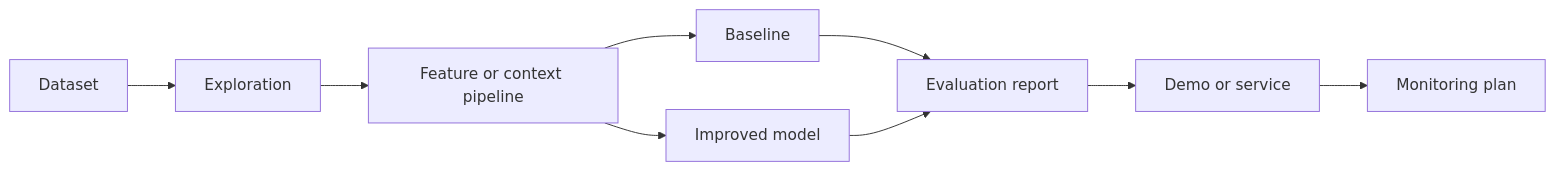
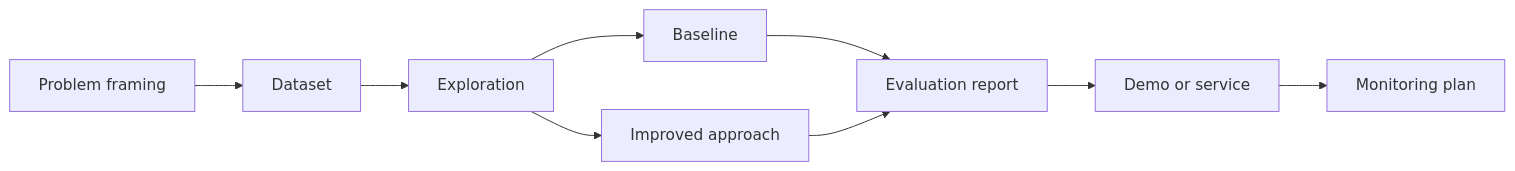
One commit to Icon1cc/Machine-Learning changed the diagram in capstone-projects/01-end-to-end-classical-ml-project.md. Above: the diagram before and after it, drawn with Mermaid. The commit also changed other lines of this file and 72 other files, not shown here.

````diff
--- a/capstone-projects/01-end-to-end-classical-ml-project.md
+++ b/capstone-projects/01-end-to-end-classical-ml-project.md
@@ -18,11 +35,11 @@
 ```mermaid
 flowchart LR
-    A[Dataset] --> B[Exploration]
-    B --> C[Feature or context pipeline]
+    A[Problem framing] --> B[Dataset]
+    B --> C[Exploration]
     C --> D[Baseline]
-    C --> E[Improved model]
+    C --> E[Improved approach]
     D --> F[Evaluation report]
     E --> F
     F --> G[Demo or service]
     G --> H[Monitoring plan]
 ```
````
